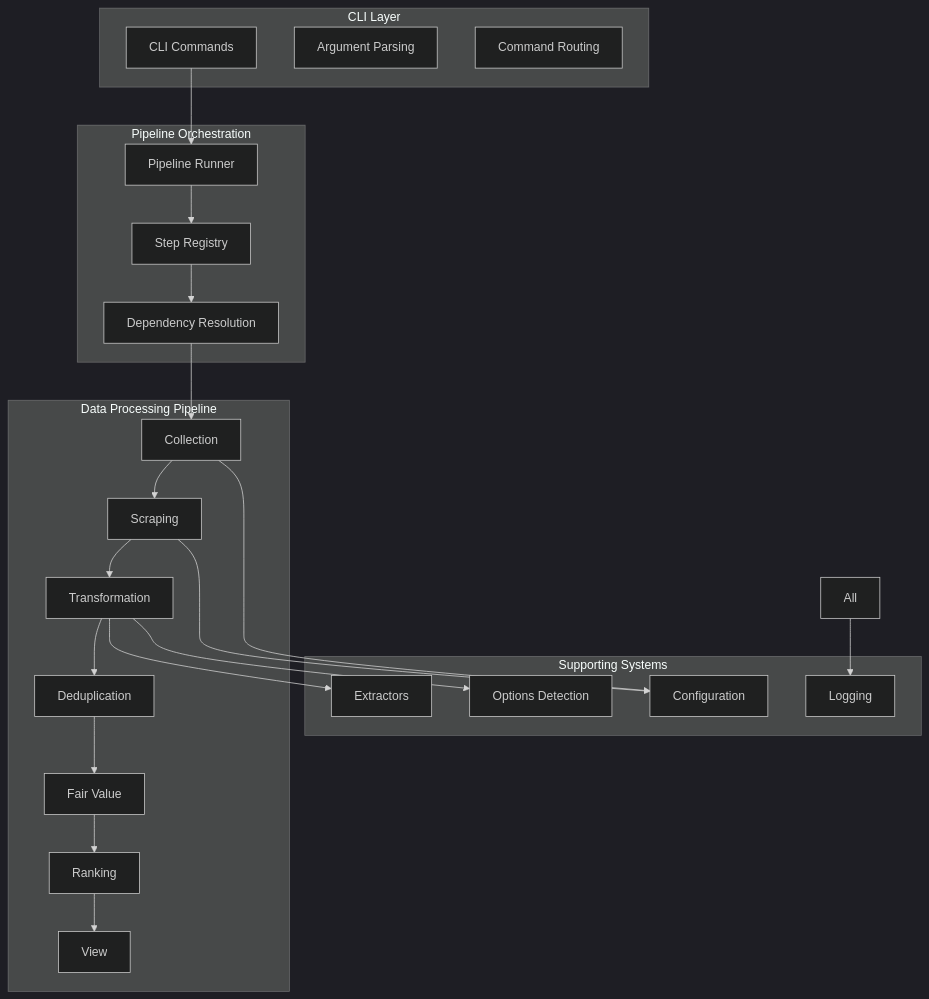
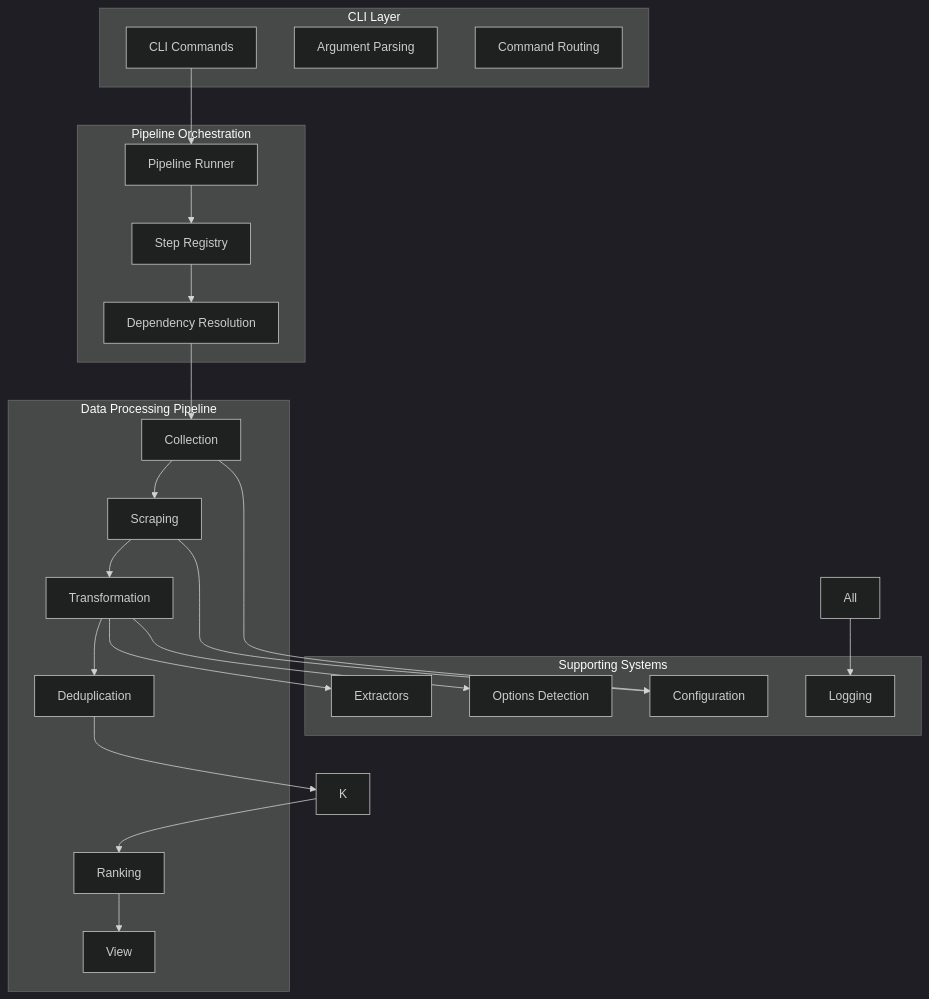
The diagram in x987-app/docs/architecture-audit.md (wkriigel/project987), drawn with Mermaid (dark theme) before and after one commit. The commit also changed other lines of this file and 2447 other files, not shown here.

Commit message:
MSRP-only pipeline: remove fair value, enforce SQLite, publish by default; docs cleanup + stale CSV purge

````diff
--- a/x987-app/docs/architecture-audit.md
+++ b/x987-app/docs/architecture-audit.md
@@ -21,48 +21,47 @@
 ```mermaid
 graph TB
     subgraph "CLI Layer"
         A[CLI Commands]
         B[Argument Parsing]
         C[Command Routing]
     end
     
     subgraph "Pipeline Orchestration"
         D[Pipeline Runner]
         E[Step Registry]
         F[Dependency Resolution]
     end
     
     subgraph "Data Processing Pipeline"
         G[Collection]
         H[Scraping]
         I[Transformation]
         J[Deduplication]
-        K[Fair Value]
         L[Ranking]
         M[View]
     end
     
     subgraph "Supporting Systems"
         N[Extractors]
         O[Options Detection]
         P[Configuration]
         Q[Logging]
     end
     
     A --> D
     D --> E
     E --> F
     F --> G
     G --> H
     H --> I
     I --> J
     J --> K
     K --> L
     L --> M
     
     I --> N
     I --> O
     G --> P
     H --> P
     All --> Q
 ```
````
